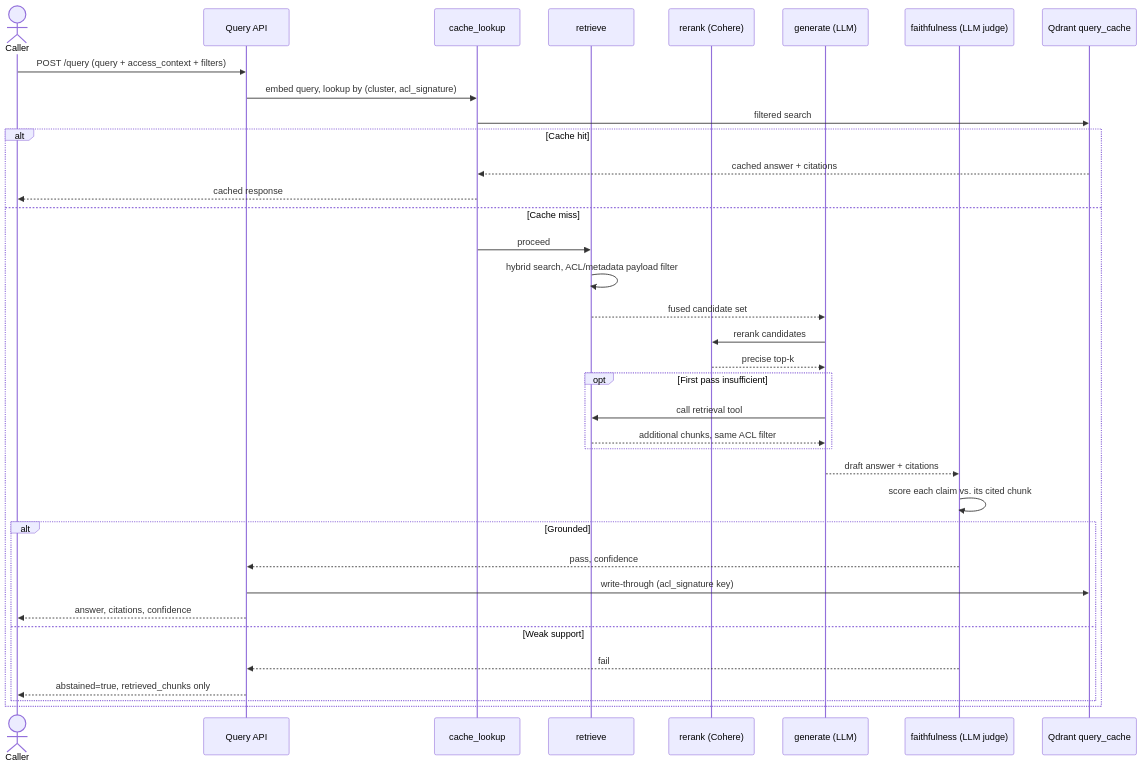
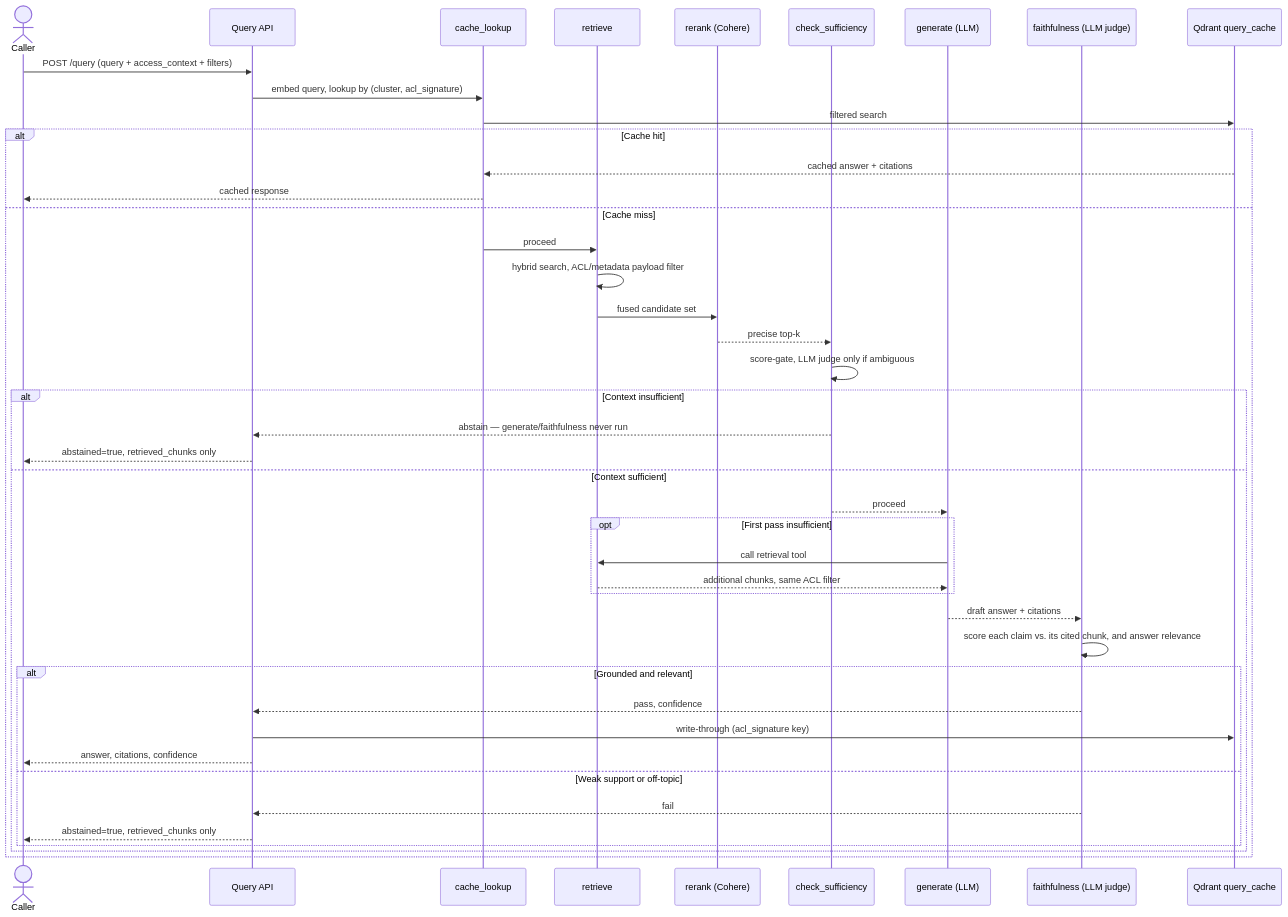
Before and after one commit to rishav91/Grounded-RAG-over-Wikipedia-articles-dataset: the second of 3 diagrams in docs/ARCHITECTURE.md, drawn with Mermaid. The commit also changed other lines of this file and 5 other files, not shown here.

````diff
--- a/docs/ARCHITECTURE.md
+++ b/docs/ARCHITECTURE.md
@@ -107,39 +111,46 @@
 ```mermaid
 sequenceDiagram
     actor Caller
     participant API as Query API
     participant CL as cache_lookup
     participant Ret as retrieve
     participant Rerank as rerank (Cohere)
+    participant Suff as check_sufficiency
     participant Gen as generate (LLM)
     participant Faith as faithfulness (LLM judge)
     participant Cache as Qdrant query_cache
 
     Caller->>API: POST /query (query + access_context + filters)
     API->>CL: embed query, lookup by (cluster, acl_signature)
     CL->>Cache: filtered search
     alt Cache hit
         Cache-->>CL: cached answer + citations
         CL-->>Caller: cached response
     else Cache miss
         CL->>Ret: proceed
         Ret->>Ret: hybrid search, ACL/metadata payload filter
-        Ret-->>Gen: fused candidate set
-        Gen->>Rerank: rerank candidates
-        Rerank-->>Gen: precise top-k
-        opt First pass insufficient
-            Gen->>Ret: call retrieval tool
-            Ret-->>Gen: additional chunks, same ACL filter
-        end
-        Gen-->>Faith: draft answer + citations
-        Faith->>Faith: score each claim vs. its cited chunk
-        alt Grounded
-            Faith-->>API: pass, confidence
-            API->>Cache: write-through (acl_signature key)
-            API-->>Caller: answer, citations, confidence
-        else Weak support
-            Faith-->>API: fail
+        Ret->>Rerank: fused candidate set
+        Rerank-->>Suff: precise top-k
+        Suff->>Suff: score-gate, LLM judge only if ambiguous
+        alt Context insufficient
+            Suff-->>API: abstain — generate/faithfulness never run
             API-->>Caller: abstained=true, retrieved_chunks only
+        else Context sufficient
+            Suff-->>Gen: proceed
+            opt First pass insufficient
+                Gen->>Ret: call retrieval tool
+                Ret-->>Gen: additional chunks, same ACL filter
+            end
+            Gen-->>Faith: draft answer + citations
+            Faith->>Faith: score each claim vs. its cited chunk, and answer relevance
+            alt Grounded and relevant
+                Faith-->>API: pass, confidence
+                API->>Cache: write-through (acl_signature key)
+                API-->>Caller: answer, citations, confidence
+            else Weak support or off-topic
+                Faith-->>API: fail
+                API-->>Caller: abstained=true, retrieved_chunks only
+            end
         end
     end
 ```
````
